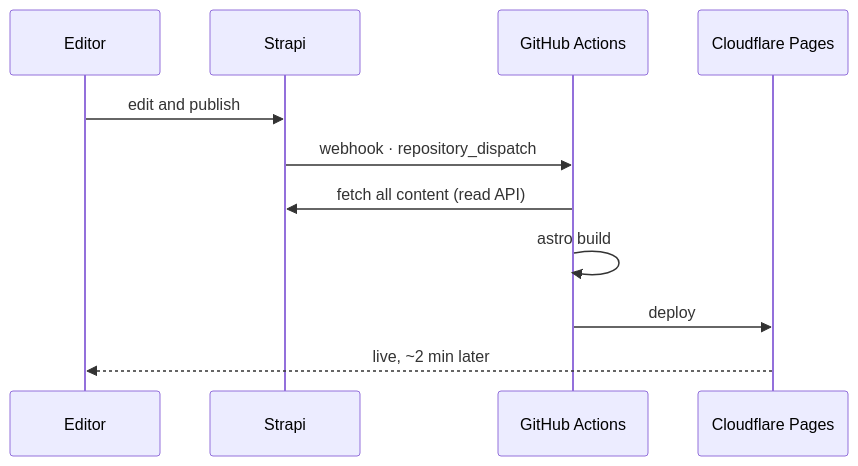
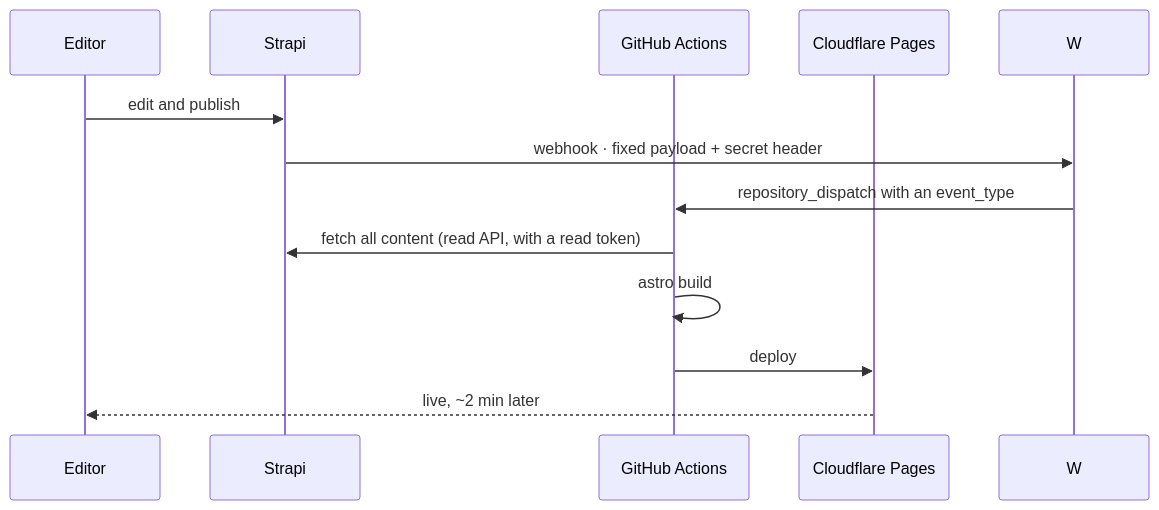
One commit to ancJ29/v-robotic changed the sixth of 8 diagrams in docs/architecture.md. Above: the diagram before and after it, drawn with Mermaid. The commit also changed other lines of this file and 1 other file, not shown here.

First line of the commit message:
docs: correct the plan and architecture against two reviews

````diff
--- a/docs/architecture.md
+++ b/docs/architecture.md
@@ -298,14 +384,15 @@
 ```mermaid
 sequenceDiagram
     participant E as Editor
     participant S as Strapi
     participant G as GitHub Actions
     participant P as Cloudflare Pages
 
     E->>S: edit and publish
-    S->>G: webhook · repository_dispatch
-    G->>S: fetch all content (read API)
+    S->>W: webhook · fixed payload + secret header
+    W->>G: repository_dispatch with an event_type
+    G->>S: fetch all content (read API, with a read token)
     G->>G: astro build
     G->>P: deploy
     P-->>E: live, ~2 min later
 ```
````
